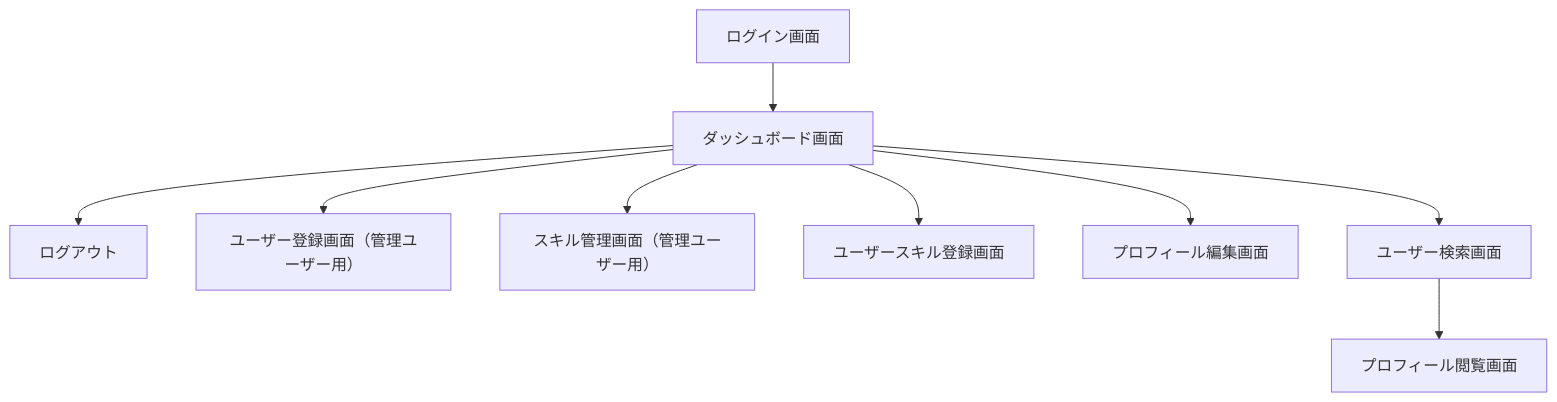
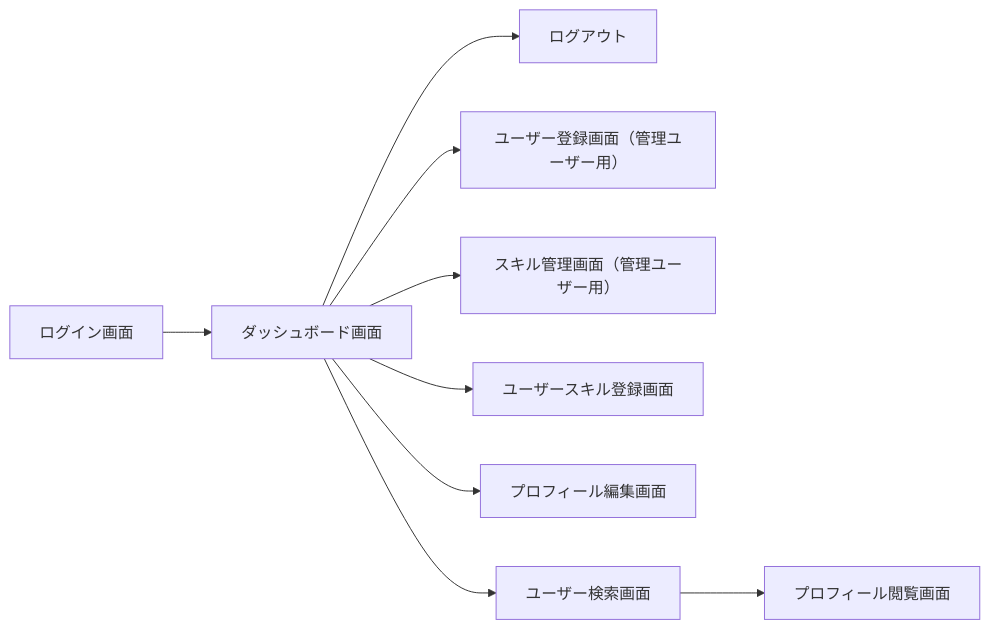
The diagram in docs/requirements.md (kota-es/skill-tracker), drawn with Mermaid before and after one commit. The commit also changed other lines of this file and 4 other files, not shown here.

````diff
--- a/docs/requirements.md
+++ b/docs/requirements.md
@@ -107,11 +76,11 @@
 ```mermaid
-flowchart TD
+flowchart LR
     Login[ログイン画面] --> Dashboard[ダッシュボード画面]
     Dashboard --> Logout[ログアウト]
     Dashboard --> UserRegistration[ユーザー登録画面（管理ユーザー用）]
     Dashboard --> SkillManagement[スキル管理画面（管理ユーザー用）]
     Dashboard --> UserSkillRegistration[ユーザースキル登録画面]
     Dashboard --> ProfileEdit[プロフィール編集画面]
     Dashboard --> UserSearch[ユーザー検索画面]
     UserSearch --> ProfileView[プロフィール閲覧画面]
 ```
````
